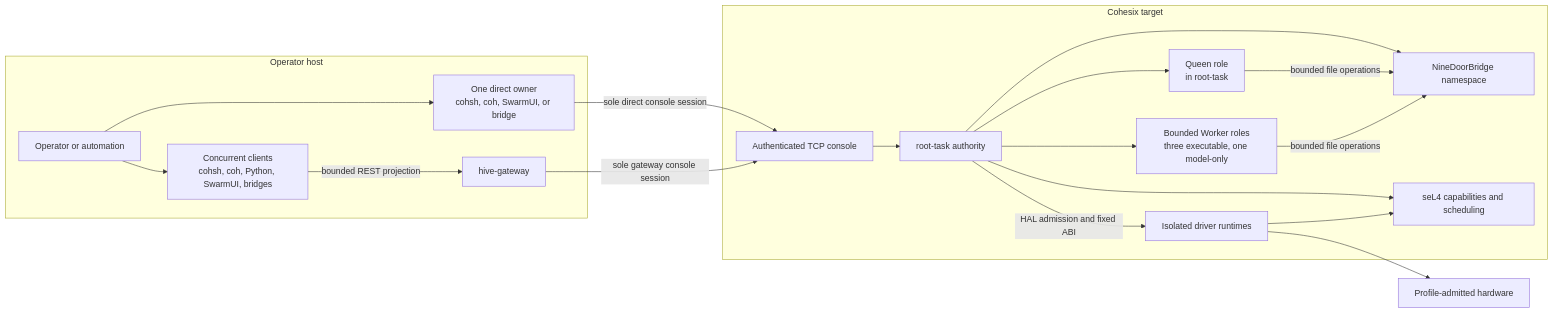
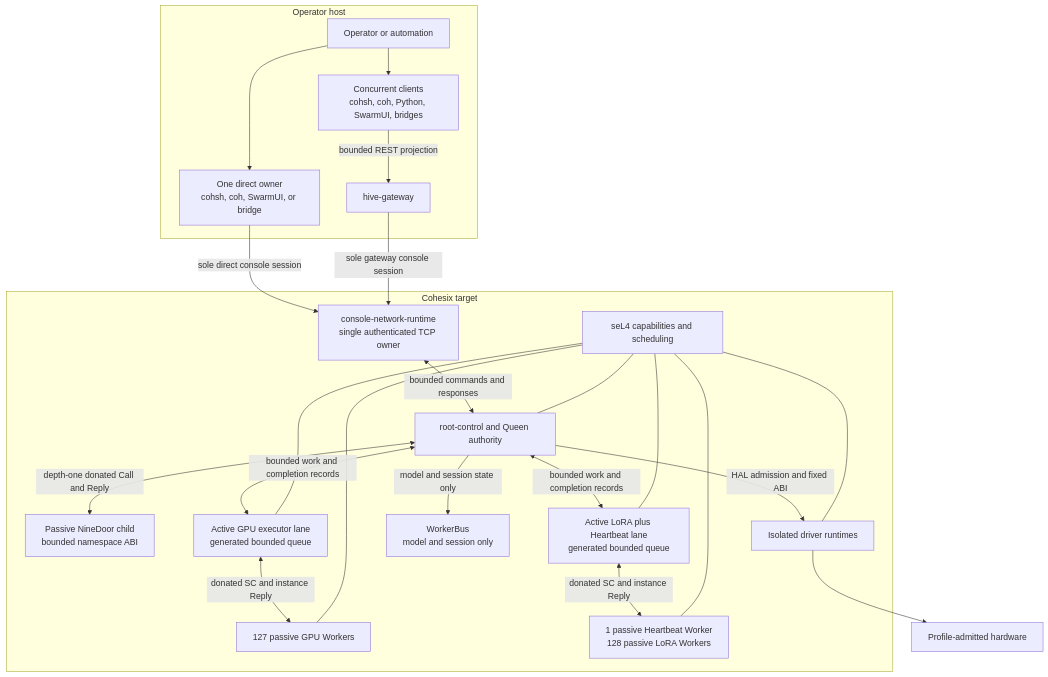
One commit to lukeb-aidev/cohesix changed the diagram in README.md. Above: the diagram before and after it, drawn with Mermaid. The commit also changed 7 other files, not shown here.

Commit message:
docs: align Mermaid diagrams with M26e

````diff
--- a/README.md
+++ b/README.md
@@ -97,37 +97,46 @@
 ```mermaid
-flowchart LR
+flowchart TB
   subgraph Host[Operator host]
     Operator[Operator or automation]
     Direct["One direct owner\ncohsh, coh, SwarmUI, or bridge"]
     Shared["Concurrent clients\ncohsh, coh, Python, SwarmUI, bridges"]
     Gateway[hive-gateway]
     Operator --> Direct
     Operator --> Shared
     Shared -->|bounded REST projection| Gateway
   end
 
   subgraph Target[Cohesix target]
-    Console[Authenticated TCP console]
-    Root[root-task authority]
-    Namespace[NineDoorBridge namespace]
-    Queen["Queen role\nin root-task"]
-    Workers["Bounded Worker roles\nthree executable, one model-only"]
+    Console["console-network-runtime\nsingle authenticated TCP owner"]
+    Root["root-control and Queen authority"]
+    Namespace["Passive NineDoor child\nbounded namespace ABI"]
+    GpuLane["Active GPU executor lane\ngenerated bounded queue"]
+    LoraLane["Active LoRA plus Heartbeat lane\ngenerated bounded queue"]
+    GpuWorkers["127 passive GPU Workers"]
+    OtherWorkers["1 passive Heartbeat Worker\n128 passive LoRA Workers"]
+    WorkerBus["WorkerBus\nmodel and session only"]
     Drivers[Isolated driver runtimes]
     Kernel[seL4 capabilities and scheduling]
-    Console --> Root
-    Root --> Namespace
-    Root --> Queen
-    Root --> Workers
-    Queen -->|bounded file operations| Namespace
-    Workers -->|bounded file operations| Namespace
+
+    Console <-->|bounded commands and responses| Root
+    Root <-->|depth-one donated Call and Reply| Namespace
+    Root <-->|bounded work and completion records| GpuLane
+    Root <-->|bounded work and completion records| LoraLane
+    GpuLane <-->|donated SC and instance Reply| GpuWorkers
+    LoraLane <-->|donated SC and instance Reply| OtherWorkers
+    Root -->|model and session state only| WorkerBus
     Root -->|HAL admission and fixed ABI| Drivers
-    Root --> Kernel
-    Drivers --> Kernel
+    Kernel --- Root
+    Kernel --- GpuLane
+    Kernel --- LoraLane
+    Kernel --- GpuWorkers
+    Kernel --- OtherWorkers
+    Kernel --- Drivers
   end
 
   Hardware[Profile-admitted hardware]
 
   Direct -->|sole direct console session| Console
   Gateway -->|sole gateway console session| Console
   Drivers --> Hardware
 ```
````
